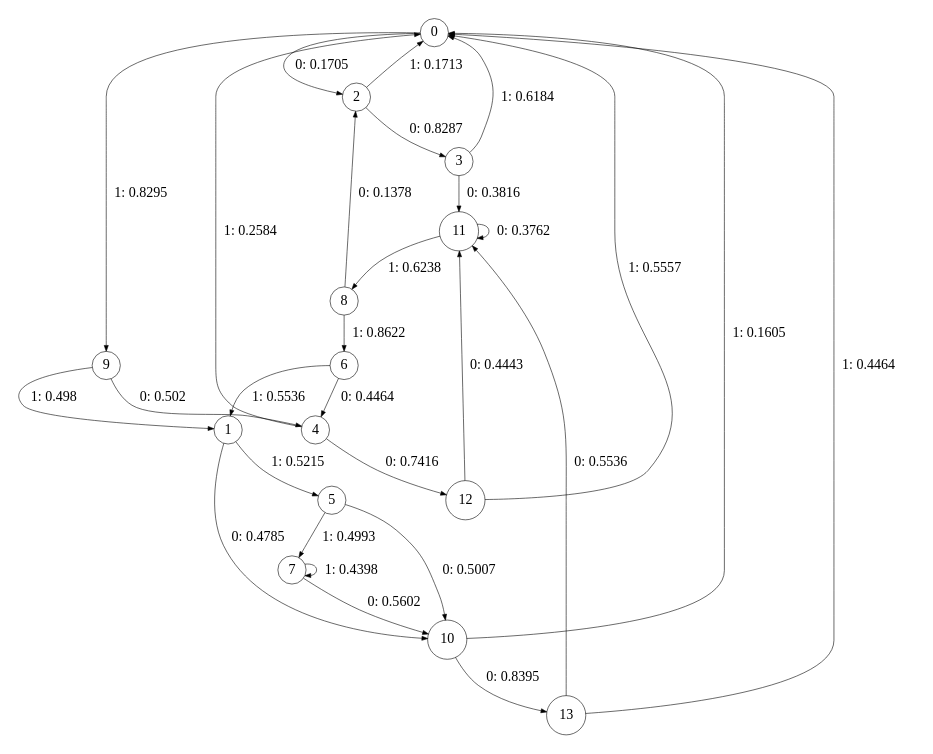
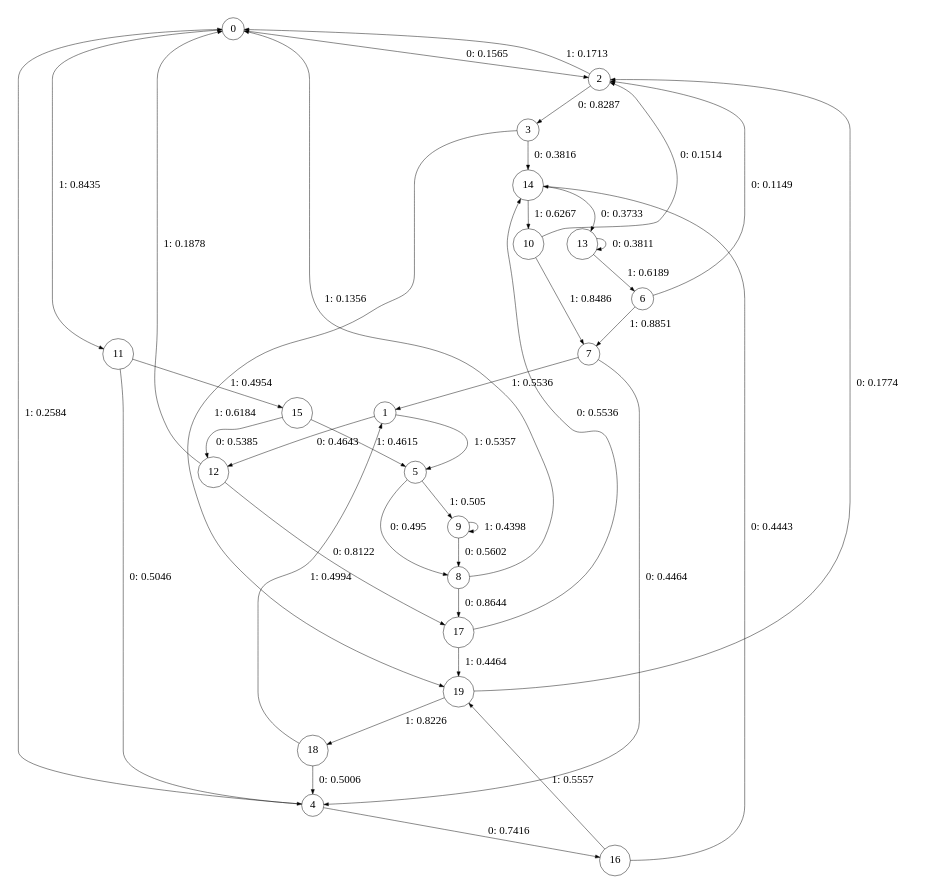
One commit to juliapaterson/summerproject changed the diagram in cssr data/derivative split/phase 1/ch13faceL6_inf.dot. Above: the diagram before and after it, drawn with Graphviz. The commit also changed 1436 other files, not shown here.

```diff
--- a/cssr data/derivative split/phase 1/ch13faceL6_inf.dot
+++ b/cssr data/derivative split/phase 1/ch13faceL6_inf.dot
@@ -1,35 +1,47 @@
 digraph "ch13faceL6" {
 size = "6,8.5";
 ratio = "fill";
 node [shape = circle];
 node [fontsize = 24];
 edge [fontsize = 24];
-0 -> 2 [label = "0: 0.1705   "];
-0 -> 9 [label = "1: 0.8295   "];
-1 -> 10 [label = "0: 0.4785   "];
-1 -> 5 [label = "1: 0.5215   "];
+0 -> 2 [label = "0: 0.1565   "];
+0 -> 11 [label = "1: 0.8435   "];
+1 -> 12 [label = "0: 0.4643   "];
+1 -> 5 [label = "1: 0.5357   "];
 2 -> 3 [label = "0: 0.8287   "];
 2 -> 0 [label = "1: 0.1713   "];
-3 -> 11 [label = "0: 0.3816   "];
-3 -> 0 [label = "1: 0.6184   "];
-4 -> 12 [label = "0: 0.7416   "];
+3 -> 14 [label = "0: 0.3816   "];
+3 -> 19 [label = "1: 0.6184   "];
+4 -> 16 [label = "0: 0.7416   "];
 4 -> 0 [label = "1: 0.2584   "];
-5 -> 10 [label = "0: 0.5007   "];
-5 -> 7 [label = "1: 0.4993   "];
-6 -> 4 [label = "0: 0.4464   "];
-6 -> 1 [label = "1: 0.5536   "];
-7 -> 10 [label = "0: 0.5602   "];
-7 -> 7 [label = "1: 0.4398   "];
-8 -> 2 [label = "0: 0.1378   "];
-8 -> 6 [label = "1: 0.8622   "];
-9 -> 4 [label = "0: 0.502    "];
-9 -> 1 [label = "1: 0.498    "];
-10 -> 13 [label = "0: 0.8395   "];
-10 -> 0 [label = "1: 0.1605   "];
-11 -> 11 [label = "0: 0.3762   "];
-11 -> 8 [label = "1: 0.6238   "];
-12 -> 11 [label = "0: 0.4443   "];
-12 -> 0 [label = "1: 0.5557   "];
-13 -> 11 [label = "0: 0.5536   "];
-13 -> 0 [label = "1: 0.4464   "];
+5 -> 8 [label = "0: 0.495    "];
+5 -> 9 [label = "1: 0.505    "];
+6 -> 2 [label = "0: 0.1149   "];
+6 -> 7 [label = "1: 0.8851   "];
+7 -> 4 [label = "0: 0.4464   "];
+7 -> 1 [label = "1: 0.5536   "];
+8 -> 17 [label = "0: 0.8644   "];
+8 -> 0 [label = "1: 0.1356   "];
+9 -> 8 [label = "0: 0.5602   "];
+9 -> 9 [label = "1: 0.4398   "];
+10 -> 2 [label = "0: 0.1514   "];
+10 -> 7 [label = "1: 0.8486   "];
+11 -> 4 [label = "0: 0.5046   "];
+11 -> 15 [label = "1: 0.4954   "];
+12 -> 17 [label = "0: 0.8122   "];
+12 -> 0 [label = "1: 0.1878   "];
+13 -> 13 [label = "0: 0.3811   "];
+13 -> 6 [label = "1: 0.6189   "];
+14 -> 13 [label = "0: 0.3733   "];
+14 -> 10 [label = "1: 0.6267   "];
+15 -> 12 [label = "0: 0.5385   "];
+15 -> 5 [label = "1: 0.4615   "];
+16 -> 14 [label = "0: 0.4443   "];
+16 -> 19 [label = "1: 0.5557   "];
+17 -> 14 [label = "0: 0.5536   "];
+17 -> 19 [label = "1: 0.4464   "];
+18 -> 4 [label = "0: 0.5006   "];
+18 -> 1 [label = "1: 0.4994   "];
+19 -> 2 [label = "0: 0.1774   "];
+19 -> 18 [label = "1: 0.8226   "];
 }
```
